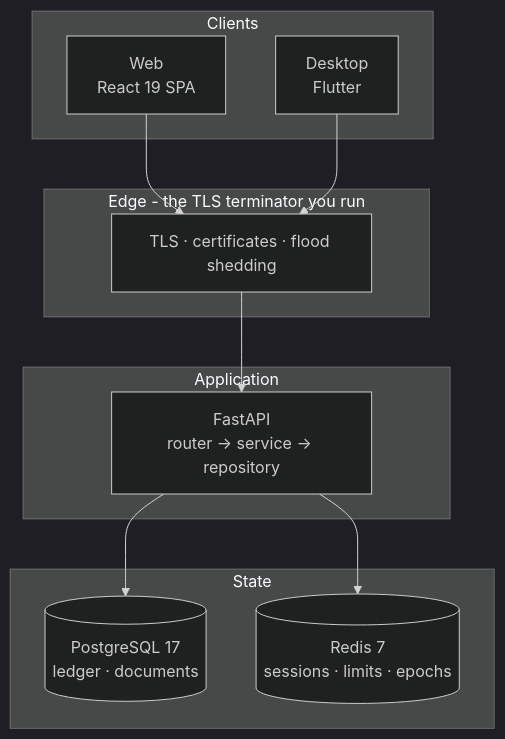
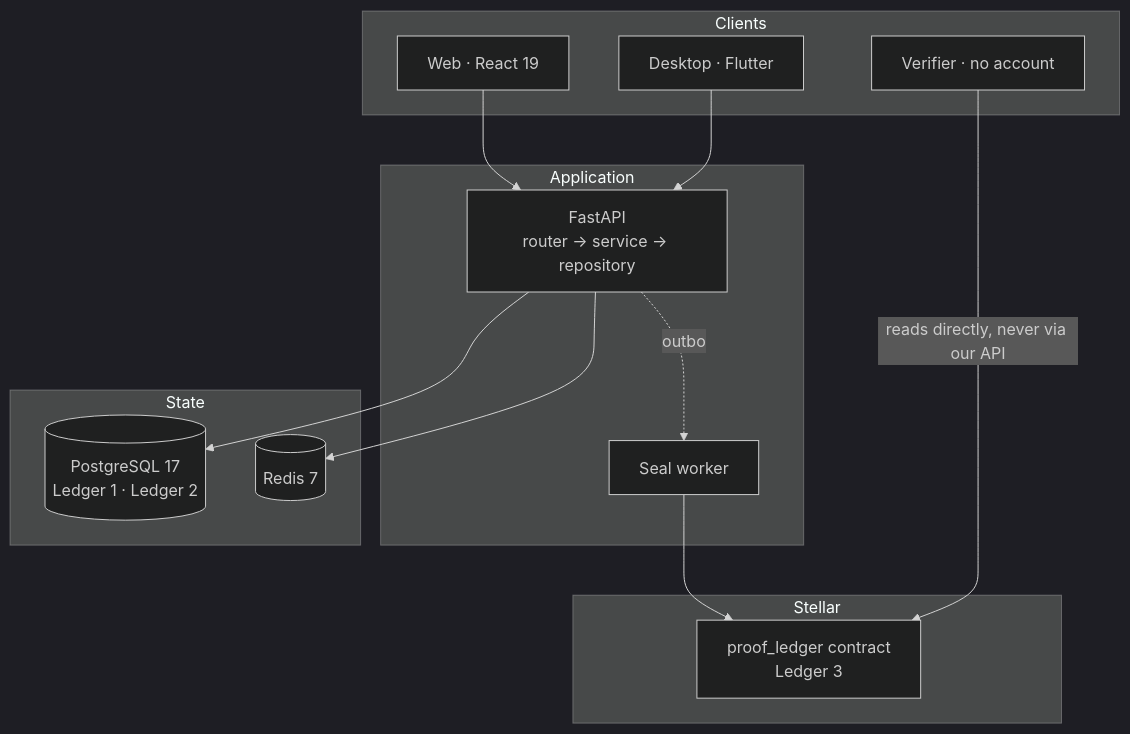
The diagram in README.md (Madhur-Prakash/Stellar-ERP), drawn with Mermaid (dark theme) before and after one commit. The commit also changed other lines of this file and 6 other files, not shown here.

````diff
--- a/README.md
+++ b/README.md
@@ -246,26 +309,30 @@
 ```mermaid
 graph TB
     subgraph Clients
-        W[Web<br/>React 19 SPA]
-        D[Desktop<br/>Flutter]
-    end
-
-    subgraph Edge["Edge - the TLS terminator you run"]
-        N[TLS · certificates · flood shedding]
+        W[Web · React 19]
+        D[Desktop · Flutter]
+        V[Verifier · no account]
     end
 
     subgraph Application
         A[FastAPI<br/>router → service → repository]
+        K[Seal worker]
     end
 
     subgraph State
-        P[(PostgreSQL 17<br/>ledger · documents)]
-        R[(Redis 7<br/>sessions · limits · epochs)]
+        P[(PostgreSQL 17<br/>Ledger 1 · Ledger 2)]
+        R[(Redis 7)]
     end
 
-    W --> N
-    D --> N
-    N --> A
+    subgraph Stellar
+        C[proof_ledger contract<br/>Ledger 3]
+    end
+
+    W --> A
+    D --> A
     A --> P
     A --> R
+    A -.outbox.-> K
+    K --> C
+    V -->|reads directly, never via our API| C
 ```
````
